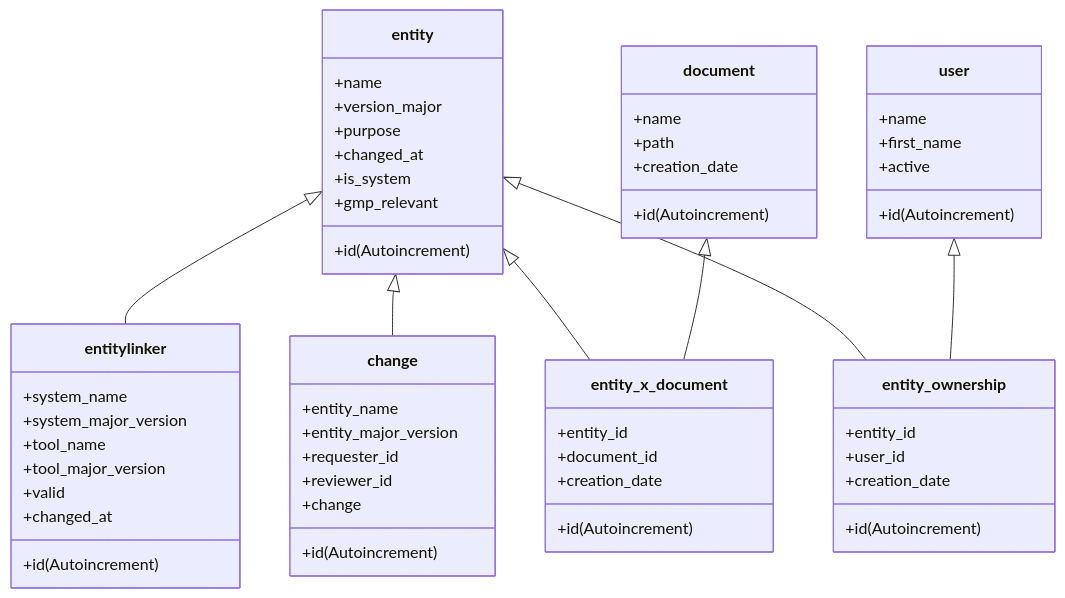
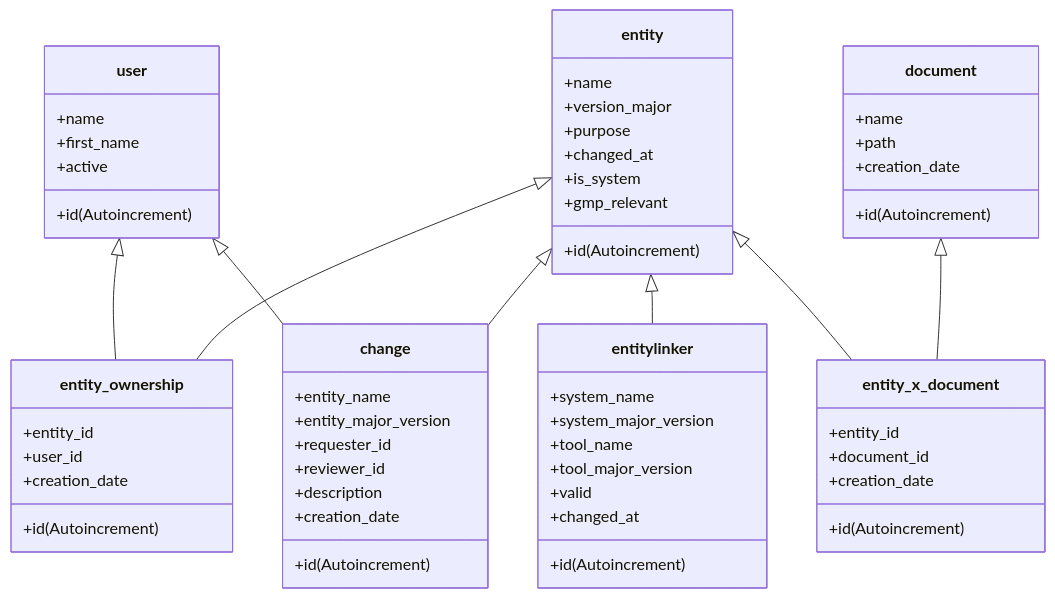
Before and after one commit to mymichu/koala: the diagram in backend/doc/database-structure.md, drawn with Mermaid. The commit also changed other lines of this file and 3 other files, not shown here.

````diff
--- a/backend/doc/database-structure.md
+++ b/backend/doc/database-structure.md
@@ -5,59 +5,61 @@
 ```mermaid
 classDiagram
+    user <|-- entity_ownership
+    user <|-- change
     entity <|-- entitylinker
     entity <|-- change
+    entity <|-- entity_ownership
     entity <|-- entity_x_document
-    entity <|-- entity_ownership
-    user <|-- entity_ownership
     document <|-- entity_x_document
     class entity{
         +id (Autoincrement)
         +name
         +version_major
         +purpose
         +changed_at
         +is_system
         +gmp_relevant
     }
     class entitylinker{
         +id (Autoincrement)
         +system_name
         +system_major_version
         +tool_name
         +tool_major_version
         +valid
         +changed_at
     }
     class entity_x_document{
         +id (Autoincrement)
         +entity_id
         +document_id
         +creation_date
     }
     class change{
         +id (Autoincrement)
         +entity_name
         +entity_major_version
         +requester_id
         +reviewer_id
-        +change
+        +description
+        +creation_date
     }
     class document{
         +id (Autoincrement)
         +name
         +path
         +creation_date
     }
     class entity_ownership{
         +id (Autoincrement)
         +entity_id
         +user_id
         +creation_date
     }
     class user{
         +id (Autoincrement)
         +name
         +first_name
         +active
     }
 ```
````
